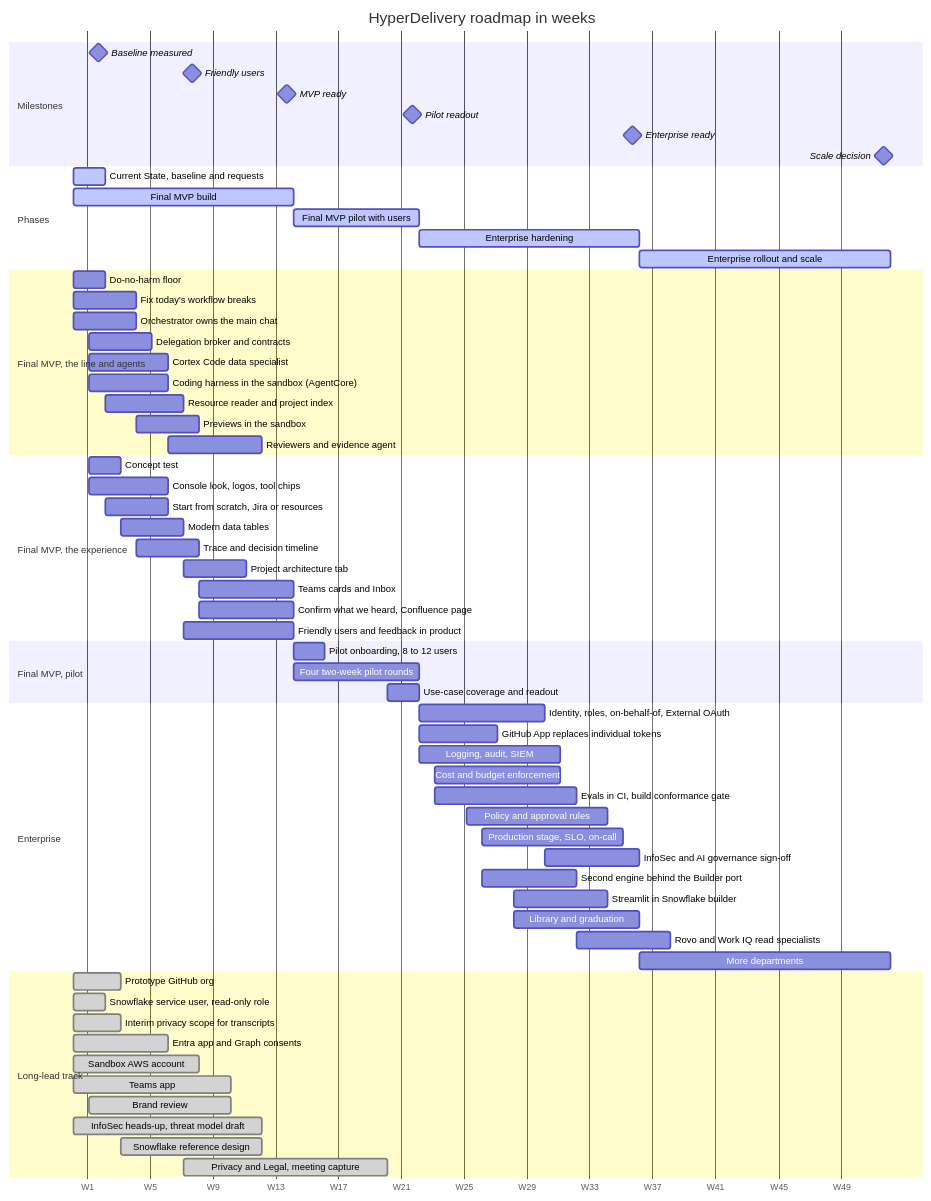
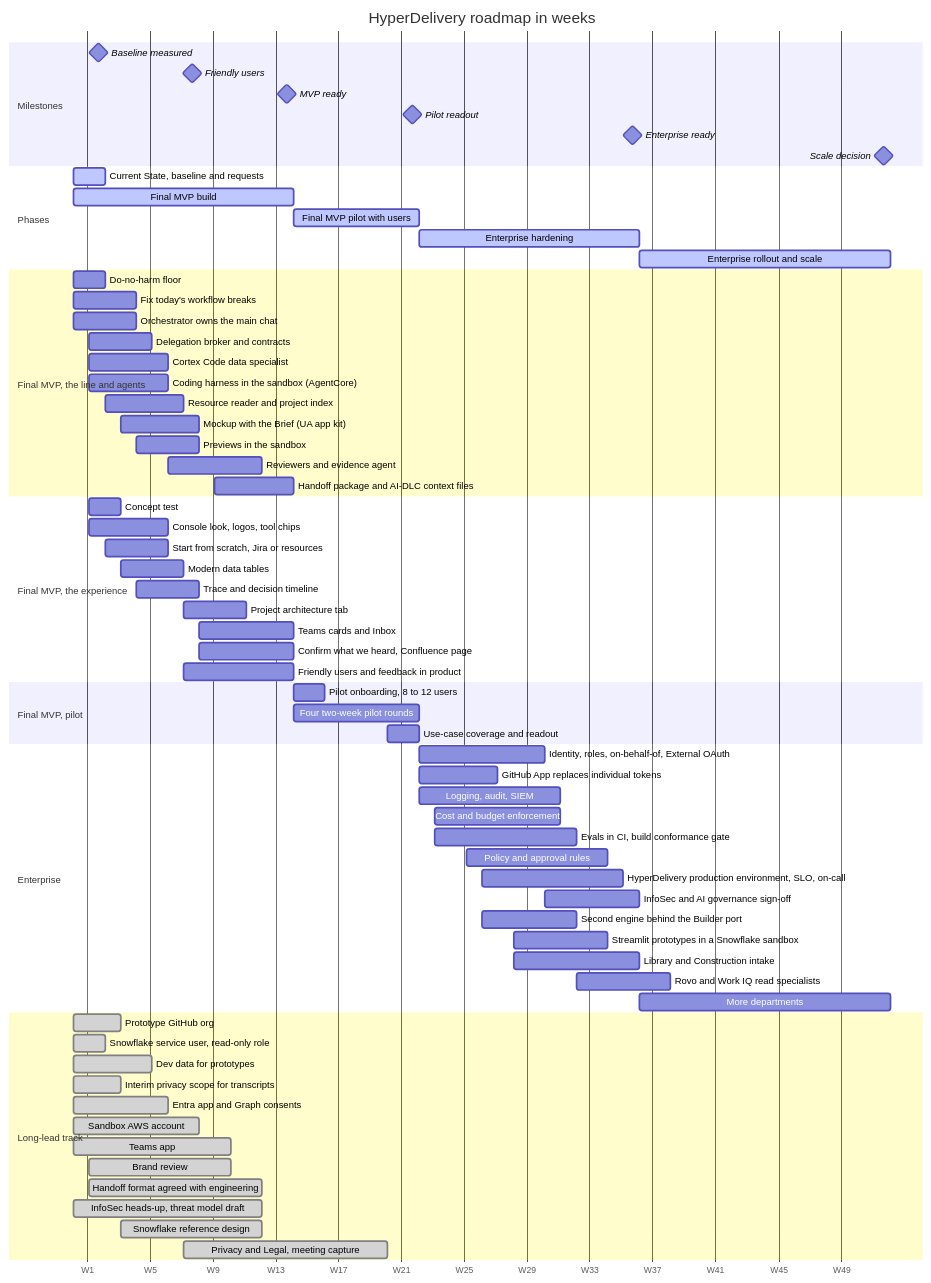
Before and after one commit to eitanflor/ua-hyperdelivery: the second of 5 diagrams in docs/ua-dlc/enterprise-plan.md, drawn with Mermaid. The commit also changed other lines of this file and 74 other files, not shown here.

````diff
--- a/docs/ua-dlc/enterprise-plan.md
+++ b/docs/ua-dlc/enterprise-plan.md
@@ -575,70 +792,74 @@
 ```mermaid
 gantt
   title HyperDelivery roadmap in weeks
   %% 2027-01-04 stands in for W1 so the axis reads W1 to W52; shift to the real start date.
   dateFormat YYYY-MM-DD
   axisFormat W%-V
   tickInterval 4week
   section Milestones
   Baseline measured :milestone, g0, 2027-01-15, 0d
   Friendly users :milestone, g1, 2027-02-26, 0d
   MVP ready :milestone, g2, 2027-04-09, 0d
   Pilot readout :milestone, g3, 2027-06-04, 0d
   Enterprise ready :milestone, g4, 2027-09-10, 0d
   Scale decision :milestone, g5, 2027-12-31, 0d
   section Phases
   Current State, baseline and requests :active, t0, 2027-01-04, 14d
   Final MVP build :active, t1, 2027-01-04, 98d
   Final MVP pilot with users :active, t2, 2027-04-12, 56d
   Enterprise hardening :active, t3, 2027-06-07, 98d
   Enterprise rollout and scale :active, t4, 2027-09-13, 112d
   section Final MVP, the line and agents
   Do-no-harm floor :t5, 2027-01-04, 14d
   Fix today's workflow breaks :t6, 2027-01-04, 28d
   Orchestrator owns the main chat :t7, 2027-01-04, 28d
   Delegation broker and contracts :t8, 2027-01-11, 28d
   Cortex Code data specialist :t9, 2027-01-11, 35d
   Coding harness in the sandbox (AgentCore) :t10, 2027-01-11, 35d
   Resource reader and project index :t11, 2027-01-18, 35d
-  Previews in the sandbox :t12, 2027-02-01, 28d
-  Reviewers and evidence agent :t13, 2027-02-15, 42d
+  Mockup with the Brief (UA app kit) :t12, 2027-01-25, 35d
+  Previews in the sandbox :t13, 2027-02-01, 28d
+  Reviewers and evidence agent :t14, 2027-02-15, 42d
+  Handoff package and AI-DLC context files :t15, 2027-03-08, 35d
   section Final MVP, the experience
-  Concept test :t14, 2027-01-11, 14d
-  Console look, logos, tool chips :t15, 2027-01-11, 35d
-  Start from scratch, Jira or resources :t16, 2027-01-18, 28d
-  Modern data tables :t17, 2027-01-25, 28d
-  Trace and decision timeline :t18, 2027-02-01, 28d
-  Project architecture tab :t19, 2027-02-22, 28d
-  Teams cards and Inbox :t20, 2027-03-01, 42d
-  Confirm what we heard, Confluence page :t21, 2027-03-01, 42d
-  Friendly users and feedback in product :t22, 2027-02-22, 49d
+  Concept test :t16, 2027-01-11, 14d
+  Console look, logos, tool chips :t17, 2027-01-11, 35d
+  Start from scratch, Jira or resources :t18, 2027-01-18, 28d
+  Modern data tables :t19, 2027-01-25, 28d
+  Trace and decision timeline :t20, 2027-02-01, 28d
+  Project architecture tab :t21, 2027-02-22, 28d
+  Teams cards and Inbox :t22, 2027-03-01, 42d
+  Confirm what we heard, Confluence page :t23, 2027-03-01, 42d
+  Friendly users and feedback in product :t24, 2027-02-22, 49d
   section Final MVP, pilot
-  Pilot onboarding, 8 to 12 users :t23, 2027-04-12, 14d
-  Four two-week pilot rounds :t24, 2027-04-12, 56d
-  Use-case coverage and readout :t25, 2027-05-24, 14d
+  Pilot onboarding, 8 to 12 users :t25, 2027-04-12, 14d
+  Four two-week pilot rounds :t26, 2027-04-12, 56d
+  Use-case coverage and readout :t27, 2027-05-24, 14d
   section Enterprise
-  Identity, roles, on-behalf-of, External OAuth :t26, 2027-06-07, 56d
-  GitHub App replaces individual tokens :t27, 2027-06-07, 35d
-  Logging, audit, SIEM :t28, 2027-06-07, 63d
-  Cost and budget enforcement :t29, 2027-06-14, 56d
-  Evals in CI, build conformance gate :t30, 2027-06-14, 63d
-  Policy and approval rules :t31, 2027-06-28, 63d
-  Production stage, SLO, on-call :t32, 2027-07-05, 63d
-  InfoSec and AI governance sign-off :t33, 2027-08-02, 42d
-  Second engine behind the Builder port :t34, 2027-07-05, 42d
-  Streamlit in Snowflake builder :t35, 2027-07-19, 42d
-  Library and graduation :t36, 2027-07-19, 56d
-  Rovo and Work IQ read specialists :t37, 2027-08-16, 42d
-  More departments :t38, 2027-09-13, 112d
+  Identity, roles, on-behalf-of, External OAuth :t28, 2027-06-07, 56d
+  GitHub App replaces individual tokens :t29, 2027-06-07, 35d
+  Logging, audit, SIEM :t30, 2027-06-07, 63d
+  Cost and budget enforcement :t31, 2027-06-14, 56d
+  Evals in CI, build conformance gate :t32, 2027-06-14, 63d
+  Policy and approval rules :t33, 2027-06-28, 63d
+  HyperDelivery production environment, SLO, on-call :t34, 2027-07-05, 63d
+  InfoSec and AI governance sign-off :t35, 2027-08-02, 42d
+  Second engine behind the Builder port :t36, 2027-07-05, 42d
+  Streamlit prototypes in a Snowflake sandbox :t37, 2027-07-19, 42d
+  Library and Construction intake :t38, 2027-07-19, 56d
+  Rovo and Work IQ read specialists :t39, 2027-08-16, 42d
+  More departments :t40, 2027-09-13, 112d
   section Long-lead track
-  Prototype GitHub org :done, t39, 2027-01-04, 21d
-  Snowflake service user, read-only role :done, t40, 2027-01-04, 14d
-  Interim privacy scope for transcripts :done, t41, 2027-01-04, 21d
-  Entra app and Graph consents :done, t42, 2027-01-04, 42d
-  Sandbox AWS account :done, t43, 2027-01-04, 56d
-  Teams app :done, t44, 2027-01-04, 70d
-  Brand review :done, t45, 2027-01-11, 63d
-  InfoSec heads-up, threat model draft :done, t46, 2027-01-04, 84d
-  Snowflake reference design :done, t47, 2027-01-25, 63d
-  Privacy and Legal, meeting capture :done, t48, 2027-02-22, 91d
+  Prototype GitHub org :done, t41, 2027-01-04, 21d
+  Snowflake service user, read-only role :done, t42, 2027-01-04, 14d
+  Dev data for prototypes :done, t43, 2027-01-04, 35d
+  Interim privacy scope for transcripts :done, t44, 2027-01-04, 21d
+  Entra app and Graph consents :done, t45, 2027-01-04, 42d
+  Sandbox AWS account :done, t46, 2027-01-04, 56d
+  Teams app :done, t47, 2027-01-04, 70d
+  Brand review :done, t48, 2027-01-11, 63d
+  Handoff format agreed with engineering :done, t49, 2027-01-11, 77d
+  InfoSec heads-up, threat model draft :done, t50, 2027-01-04, 84d
+  Snowflake reference design :done, t51, 2027-01-25, 63d
+  Privacy and Legal, meeting capture :done, t52, 2027-02-22, 91d
 ```
````
